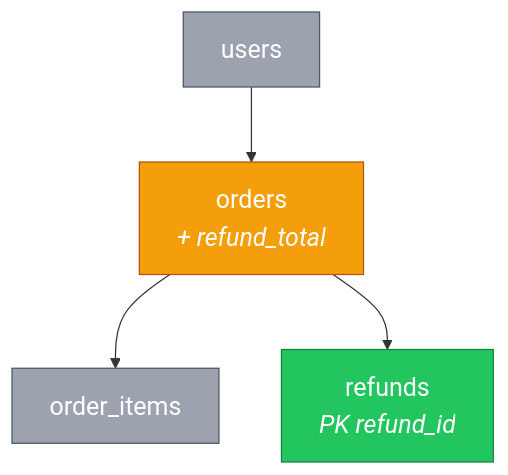
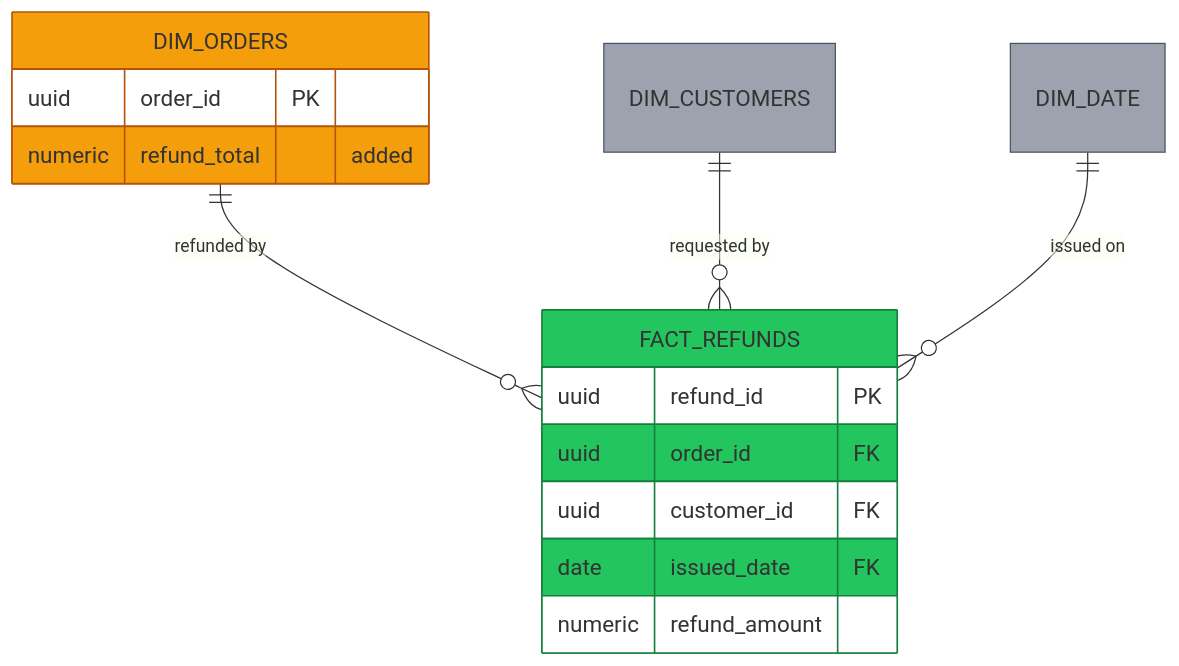
The second of 2 diagrams in README.md (zachloertscher/claude-tools), drawn with Mermaid before and after one commit. The commit also changed other lines of this file and 1 other file, not shown here.

First line of the commit message:
Fix ERD pattern: erDiagram does support classDef in Mermaid 11

````diff
--- a/README.md
+++ b/README.md
@@ -84,16 +82,28 @@
 ```mermaid
-%%{init: {'themeVariables': {'fontSize':'20px'}, 'flowchart': {'nodeSpacing':50,'rankSpacing':60}}}%%
-flowchart TD
-    classDef newNode fill:#22c55e,stroke:#15803d,color:#fff
-    classDef changedNode fill:#f59e0b,stroke:#b45309,color:#fff
-    classDef existingNode fill:#9ca3af,stroke:#4b5563,color:#fff
+%%{init: {'themeVariables': {'fontSize':'18px'}}}%%
+erDiagram
+    classDef newNode fill:#22c55e,stroke:#15803d
+    classDef changedNode fill:#f59e0b,stroke:#b45309
+    classDef existingNode fill:#9ca3af,stroke:#4b5563
 
-    USERS["users"]:::existingNode
-    ORDERS["orders<br/><i>+ refund_total</i>"]:::changedNode
-    ORDER_ITEMS["order_items"]:::existingNode
-    REFUNDS["refunds<br/><i>PK refund_id</i>"]:::newNode
+    DIM_ORDERS    ||--o{ FACT_REFUNDS : "refunded by"
+    DIM_CUSTOMERS ||--o{ FACT_REFUNDS : "requested by"
+    DIM_DATE      ||--o{ FACT_REFUNDS : "issued on"
 
-    USERS --> ORDERS
-    ORDERS --> ORDER_ITEMS
-    ORDERS --> REFUNDS
+    FACT_REFUNDS {
+        uuid refund_id PK
+        uuid order_id FK
+        uuid customer_id FK
+        date issued_date FK
+        numeric refund_amount
+    }
+    DIM_ORDERS {
+        uuid order_id PK
+        numeric refund_total "added"
+    }
+
+    FACT_REFUNDS:::newNode
+    DIM_ORDERS:::changedNode
+    DIM_CUSTOMERS:::existingNode
+    DIM_DATE:::existingNode
 ```
````
